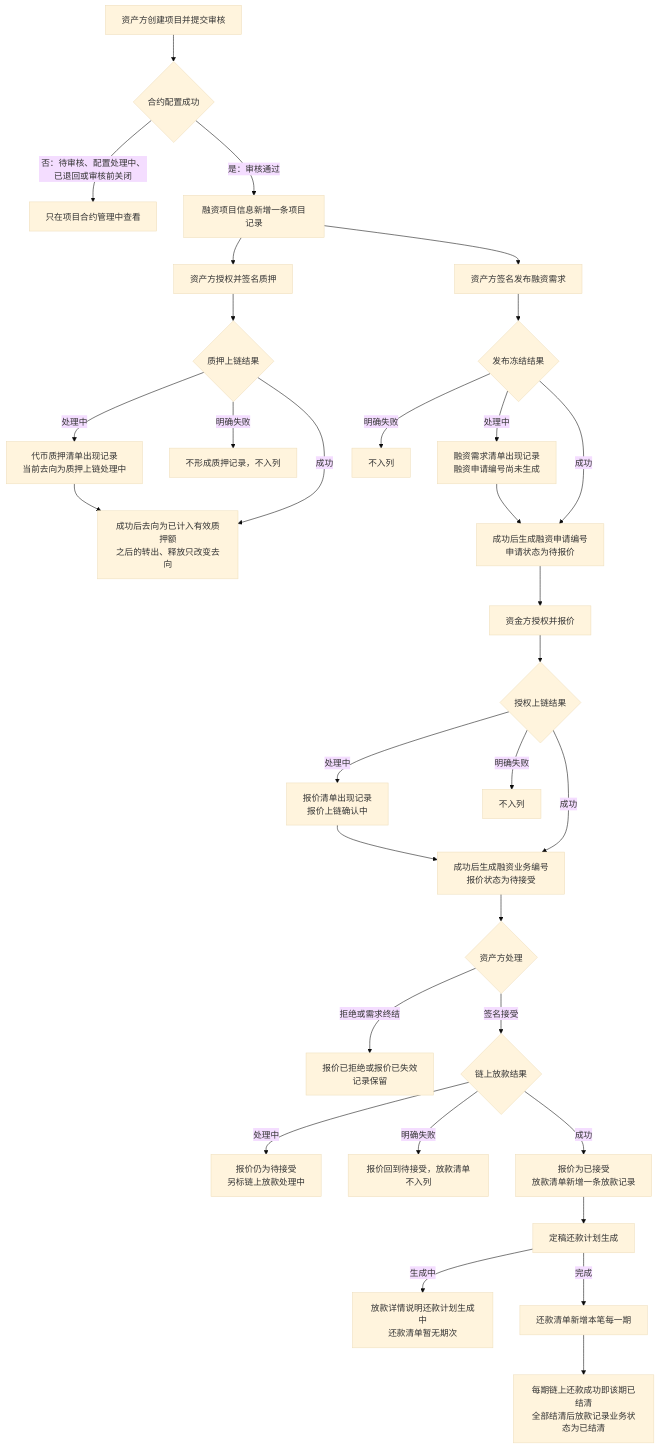
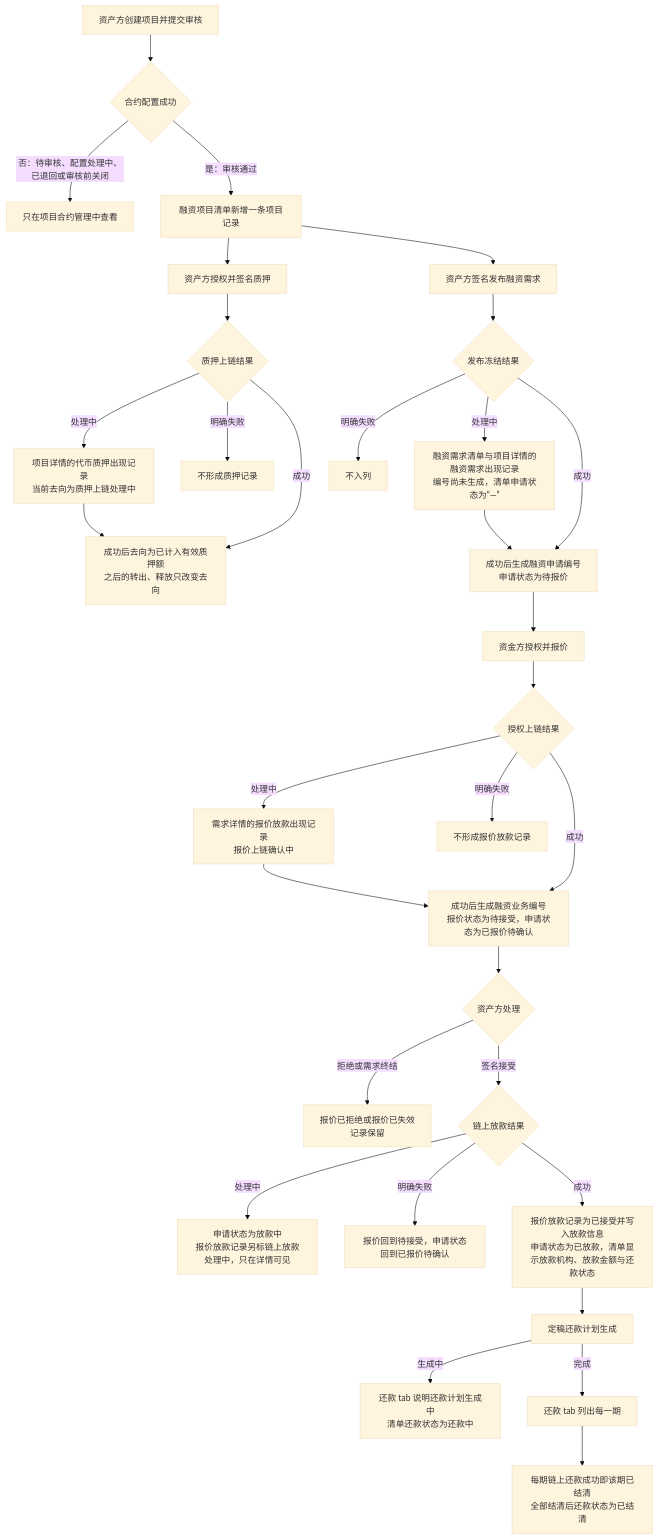
Before and after one commit to wxblockchain/Chain-Financing: the first of 3 diagrams in lending-platform/PRD/运营端/09-融资台账/02-融资台账-流程图与状态机.md, drawn with Mermaid (base theme). The commit also changed other lines of this file and 3 other files, not shown here.

````diff
--- a/lending-platform/PRD/运营端/09-融资台账/02-融资台账-流程图与状态机.md
+++ b/lending-platform/PRD/运营端/09-融资台账/02-融资台账-流程图与状态机.md
@@ -16,34 +16,34 @@
 ```mermaid
 flowchart TD
     A[资产方创建项目并提交审核] --> B{合约配置成功}
     B -->|否：待审核、配置处理中、已退回或审核前关闭| B1[只在项目合约管理中查看]
-    B -->|是：审核通过| C[融资项目信息新增一条项目记录]
+    B -->|是：审核通过| C[融资项目清单新增一条项目记录]
     C --> D[资产方授权并签名质押]
     D --> E{质押上链结果}
-    E -->|处理中| E1[代币质押清单出现记录<br/>当前去向为质押上链处理中]
-    E -->|明确失败| E2[不形成质押记录，不入列]
+    E -->|处理中| E1[项目详情的代币质押出现记录<br/>当前去向为质押上链处理中]
+    E -->|明确失败| E2[不形成质押记录]
     E1 --> E3[成功后去向为已计入有效质押额<br/>之后的转出、释放只改变去向]
     E -->|成功| E3
     C --> F[资产方签名发布融资需求]
     F --> G{发布冻结结果}
-    G -->|处理中| G1[融资需求清单出现记录<br/>融资申请编号尚未生成]
+    G -->|处理中| G1[融资需求清单与项目详情的融资需求出现记录<br/>编号尚未生成，清单申请状态为“—”]
     G -->|明确失败| G2[不入列]
     G1 --> G3[成功后生成融资申请编号<br/>申请状态为待报价]
     G -->|成功| G3
     G3 --> H[资金方授权并报价]
     H --> I{授权上链结果}
-    I -->|处理中| I1[报价清单出现记录<br/>报价上链确认中]
-    I -->|明确失败| I2[不入列]
-    I1 --> I3[成功后生成融资业务编号<br/>报价状态为待接受]
+    I -->|处理中| I1[需求详情的报价放款出现记录<br/>报价上链确认中]
+    I -->|明确失败| I2[不形成报价放款记录]
+    I1 --> I3[成功后生成融资业务编号<br/>报价状态为待接受，申请状态为已报价待确认]
     I -->|成功| I3
     I3 --> J{资产方处理}
     J -->|拒绝或需求终结| J1[报价已拒绝或报价已失效<br/>记录保留]
     J -->|签名接受| K{链上放款结果}
-    K -->|处理中| K1[报价仍为待接受<br/>另标链上放款处理中]
-    K -->|明确失败| K2[报价回到待接受，放款清单不入列]
-    K -->|成功| L[报价为已接受<br/>放款清单新增一条放款记录]
+    K -->|处理中| K1[申请状态为放款中<br/>报价放款记录另标链上放款处理中，只在详情可见]
+    K -->|明确失败| K2[报价回到待接受，申请状态回到已报价待确认]
+    K -->|成功| L[报价放款记录为已接受并写入放款信息<br/>申请状态为已放款，清单显示放款机构、放款金额与还款状态]
     L --> M[定稿还款计划生成]
-    M -->|生成中| M1[放款详情说明还款计划生成中<br/>还款清单暂无期次]
-    M -->|完成| N[还款清单新增本笔每一期]
-    N --> O[每期链上还款成功即该期已结清<br/>全部结清后放款记录业务状态为已结清]
+    M -->|生成中| M1[还款 tab 说明还款计划生成中<br/>清单还款状态为还款中]
+    M -->|完成| N[还款 tab 列出每一期]
+    N --> O[每期链上还款成功即该期已结清<br/>全部结清后还款状态为已结清]
 ```
````
